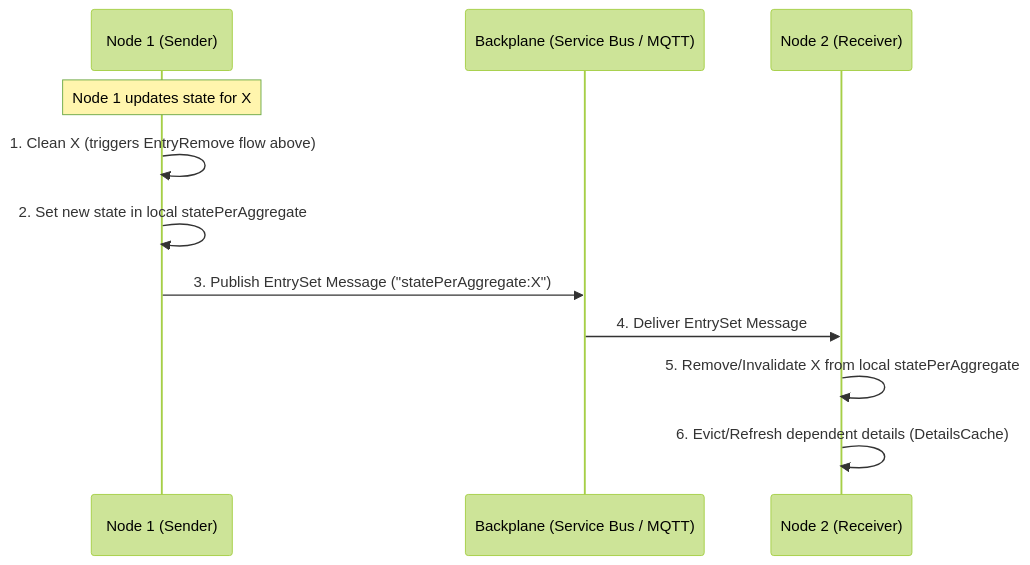
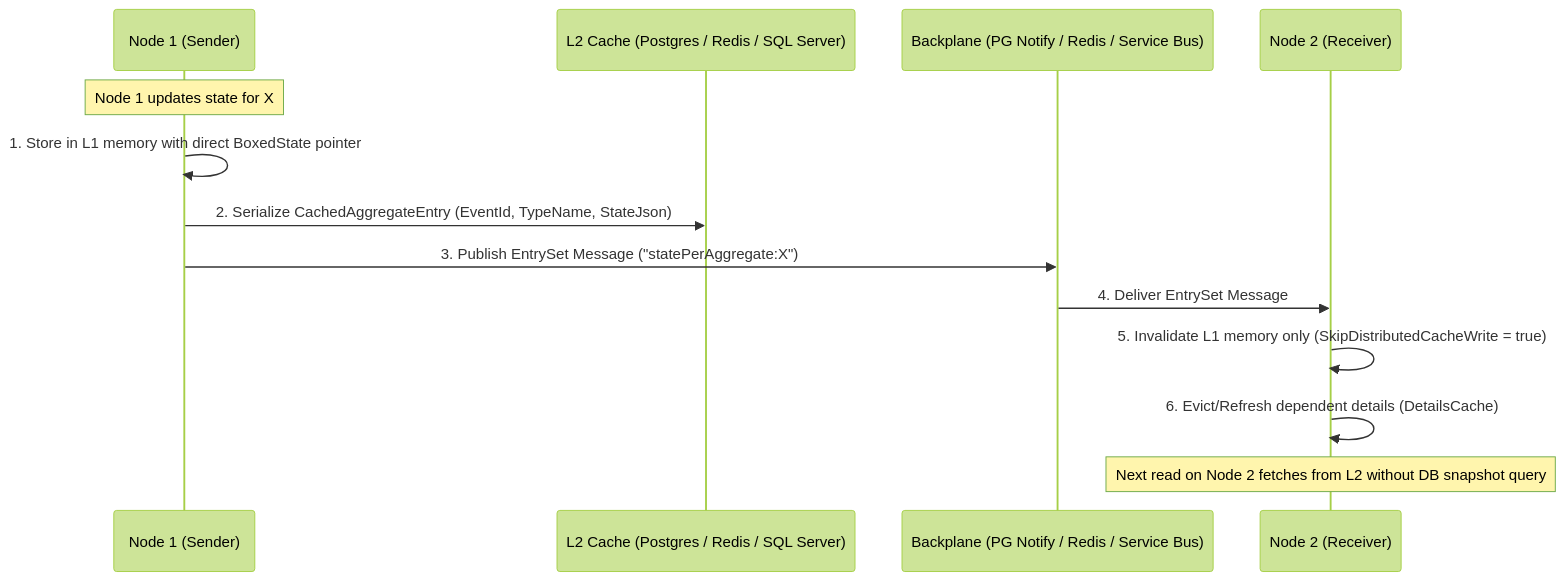
Before and after one commit to tonyx/Sharpino: the second of 2 diagrams in docs/aggregate_caching_report.md, drawn with Mermaid (forest theme). The commit also changed other lines of this file and 10 other files, not shown here.

````diff
--- a/docs/aggregate_caching_report.md
+++ b/docs/aggregate_caching_report.md
@@ -32,15 +34,17 @@
 ```mermaid
 sequenceDiagram
     participant Node1 as Node 1 (Sender)
-    participant BP as Backplane (Service Bus / MQTT)
+    participant L2 as L2 Cache (Postgres / Redis / SQL Server)
+    participant BP as Backplane (PG Notify / Redis / Service Bus)
     participant Node2 as Node 2 (Receiver)
     
     Note over Node1: Node 1 updates state for X
-    Node1->>Node1: 1. Clean X (triggers EntryRemove flow above)
-    Node1->>Node1: 2. Set new state in local statePerAggregate
+    Node1->>Node1: 1. Store in L1 memory with direct BoxedState pointer
+    Node1->>L2: 2. Serialize CachedAggregateEntry (EventId, TypeName, StateJson)
     Node1->>BP: 3. Publish EntrySet Message ("statePerAggregate:X")
     
     BP->>Node2: 4. Deliver EntrySet Message
-    Node2->>Node2: 5. Remove/Invalidate X from local statePerAggregate
+    Node2->>Node2: 5. Invalidate L1 memory only (SkipDistributedCacheWrite = true)
     Node2->>Node2: 6. Evict/Refresh dependent details (DetailsCache)
+    Note over Node2: Next read on Node 2 fetches from L2 without DB snapshot query
 ```
````
